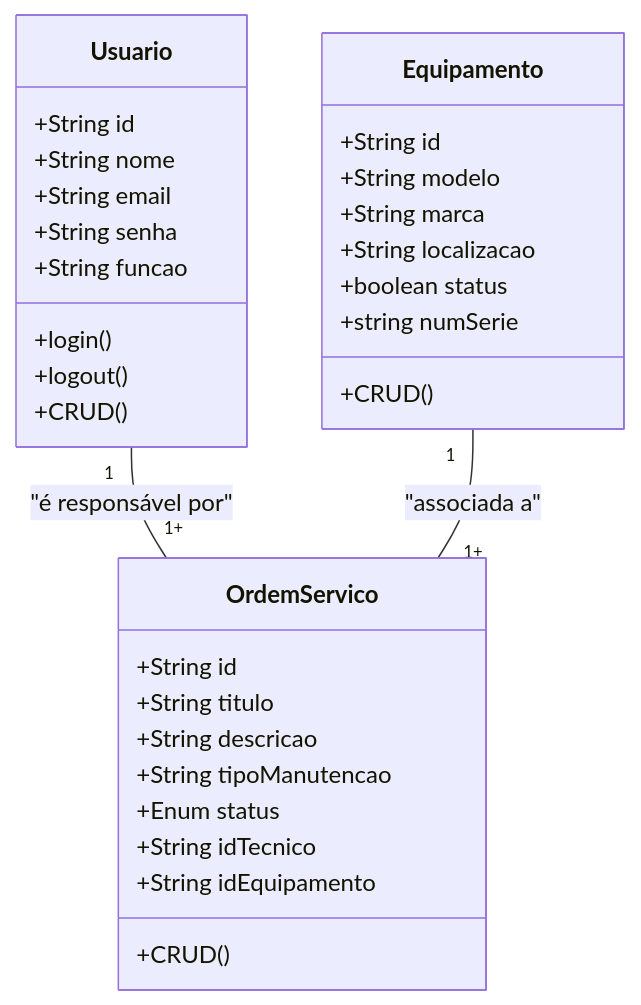
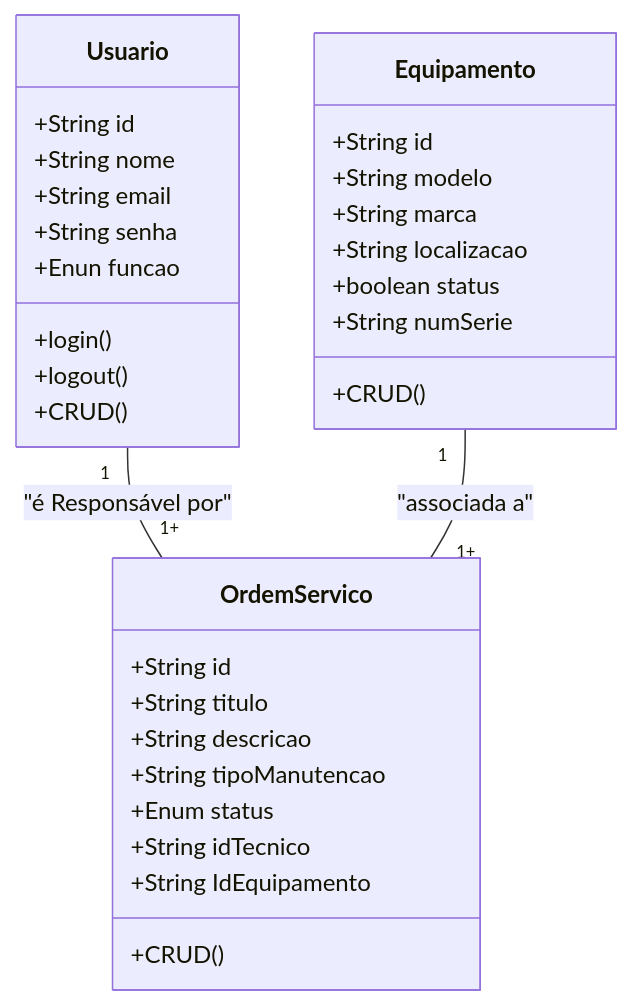
The first of 3 diagrams in README.md (Kaua1102bit/formativa-sgm), drawn with Mermaid before and after one commit. The commit also changed other lines of this file, not shown here.

````diff
--- a/README.md
+++ b/README.md
@@ -52,40 +53,40 @@
 ```mermaid
-   
+
 classDiagram
 
     class Usuario{
         +String id
         +String nome
         +String email
         +String senha
-        +String funcao
+        +Enun funcao
         +login()
         +logout()
         +CRUD()
-    }   
+    }
 
     class Equipamento{
         +String id
         +String modelo
         +String marca
         +String localizacao
         +boolean status
-        +string numSerie
+        +String numSerie
         +CRUD()
     }
 
     class OrdemServico{
         +String id
         +String titulo
         +String descricao
         +String tipoManutencao
         +Enum status
         +String idTecnico
-        +String idEquipamento
+        +String IdEquipamento
         +CRUD()
     }
 
-    Usuario "1"--"1+" OrdemServico : "é responsável por"
+    Usuario "1"--"1+" OrdemServico: "é Responsável por"
     Equipamento "1"--"1+" OrdemServico: "associada a"
- 
+
 ```
````
